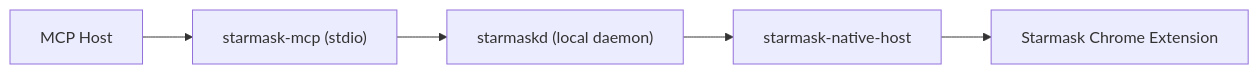
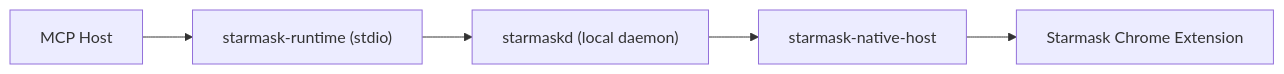
One commit to starcoinorg/starcoin-mcp changed the diagram in docs/architecture/deployment-model.md. Above: the diagram before and after it, drawn with Mermaid. The commit also changed other lines of this file and 194 other files, not shown here.

First line of the commit message:
[codex] rename runtime packages to starcoin-node and starmask-runtime (#15)

````diff
--- a/docs/architecture/deployment-model.md
+++ b/docs/architecture/deployment-model.md
@@ -25,7 +25,7 @@
 ```mermaid
 flowchart LR
-    H["MCP Host"] --> M["starmask-mcp (stdio)"]
+    H["MCP Host"] --> M["starmask-runtime (stdio)"]
     M --> D["starmaskd (local daemon)"]
     D --> N["starmask-native-host"]
     N --> E["Starmask Chrome Extension"]
 ```
````
